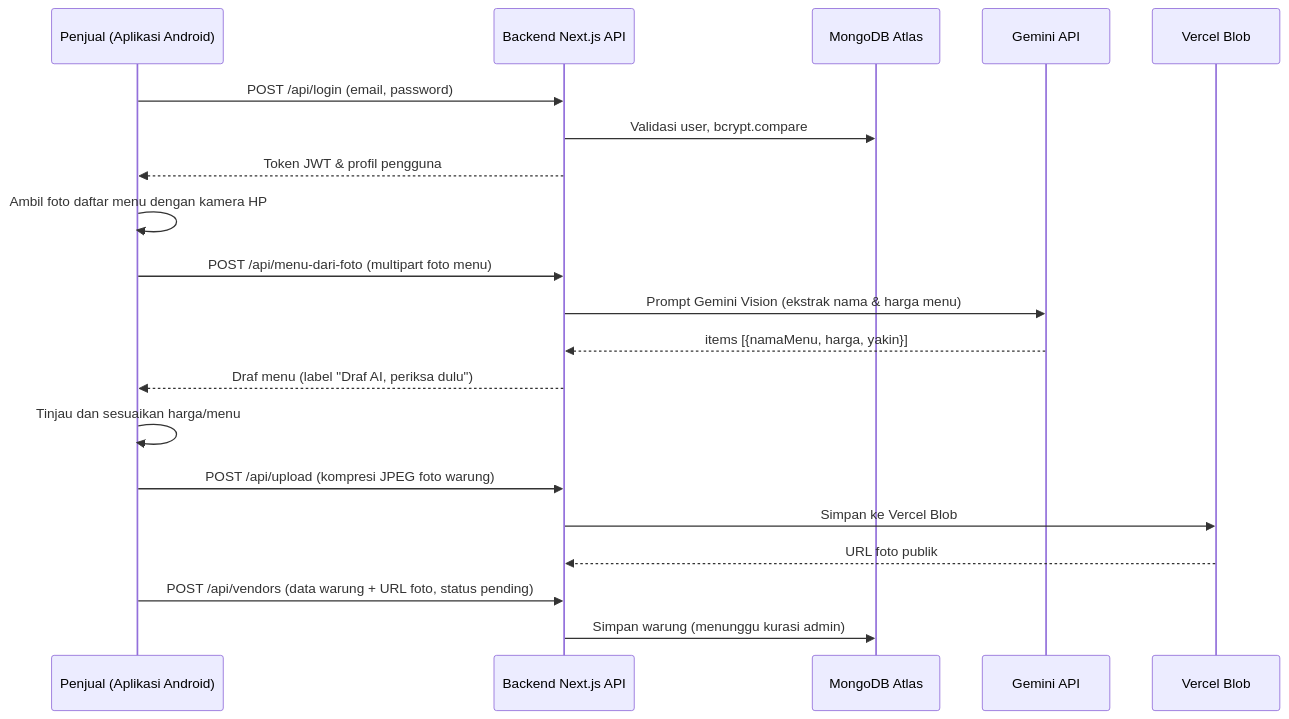
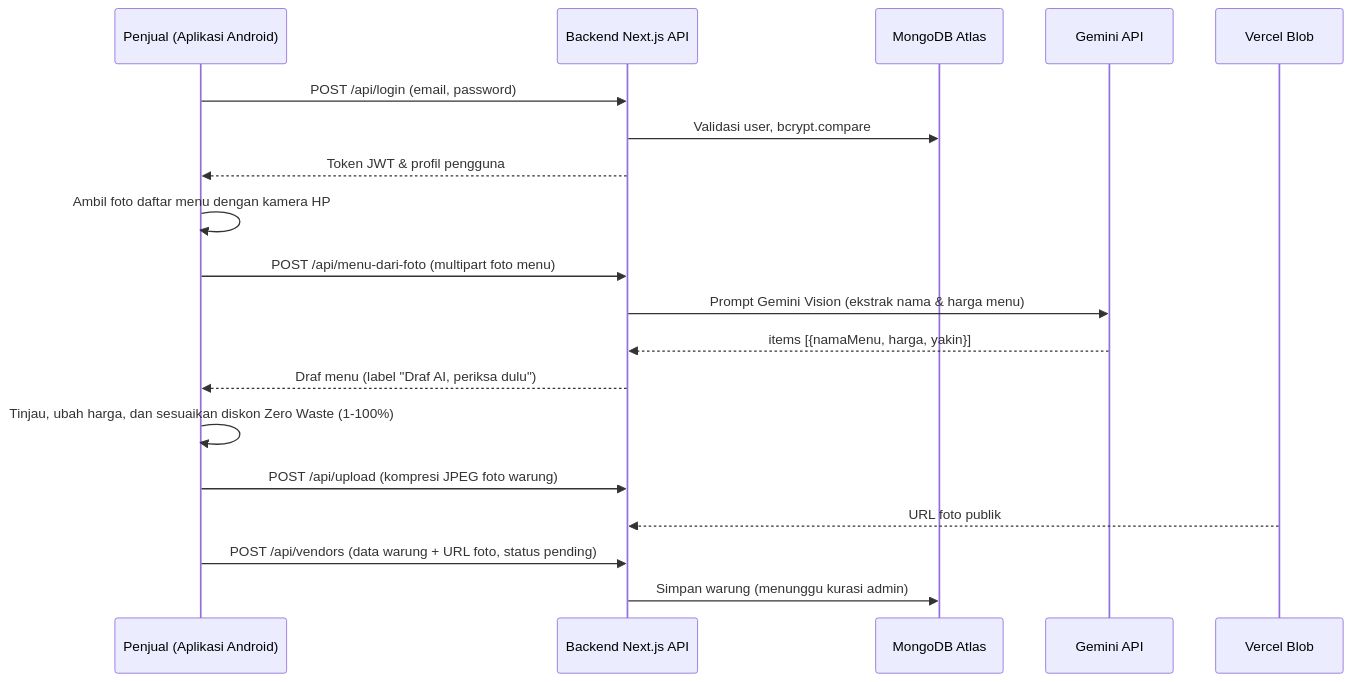
One commit to nikd7690-ops/web-cari-jajan changed the third of 3 diagrams in README.md. Above: the diagram before and after it, drawn with Mermaid. The commit also changed other lines of this file, not shown here.

Commit message:
docs: complete technical, frontend, backend schema, and localhost guide

````diff
--- a/README.md
+++ b/README.md
@@ -206,23 +181,22 @@
 ```mermaid
 sequenceDiagram
   participant P as Penjual (Aplikasi Android)
   participant N as Backend Next.js API
   participant DB as MongoDB Atlas
   participant G as Gemini API
   participant BL as Vercel Blob
 
   P->>N: POST /api/login (email, password)
   N->>DB: Validasi user, bcrypt.compare
   N-->>P: Token JWT & profil pengguna
   P->>P: Ambil foto daftar menu dengan kamera HP
   P->>N: POST /api/menu-dari-foto (multipart foto menu)
   N->>G: Prompt Gemini Vision (ekstrak nama & harga menu)
   G-->>N: items [{namaMenu, harga, yakin}]
   N-->>P: Draf menu (label "Draf AI, periksa dulu")
-  P->>P: Tinjau dan sesuaikan harga/menu
+  P->>P: Tinjau, ubah harga, dan sesuaikan diskon Zero Waste (1-100%)
   P->>N: POST /api/upload (kompresi JPEG foto warung)
-  N->>BL: Simpan ke Vercel Blob
   BL-->>N: URL foto publik
   P->>N: POST /api/vendors (data warung + URL foto, status pending)
   N->>DB: Simpan warung (menunggu kurasi admin)
 ```
````
